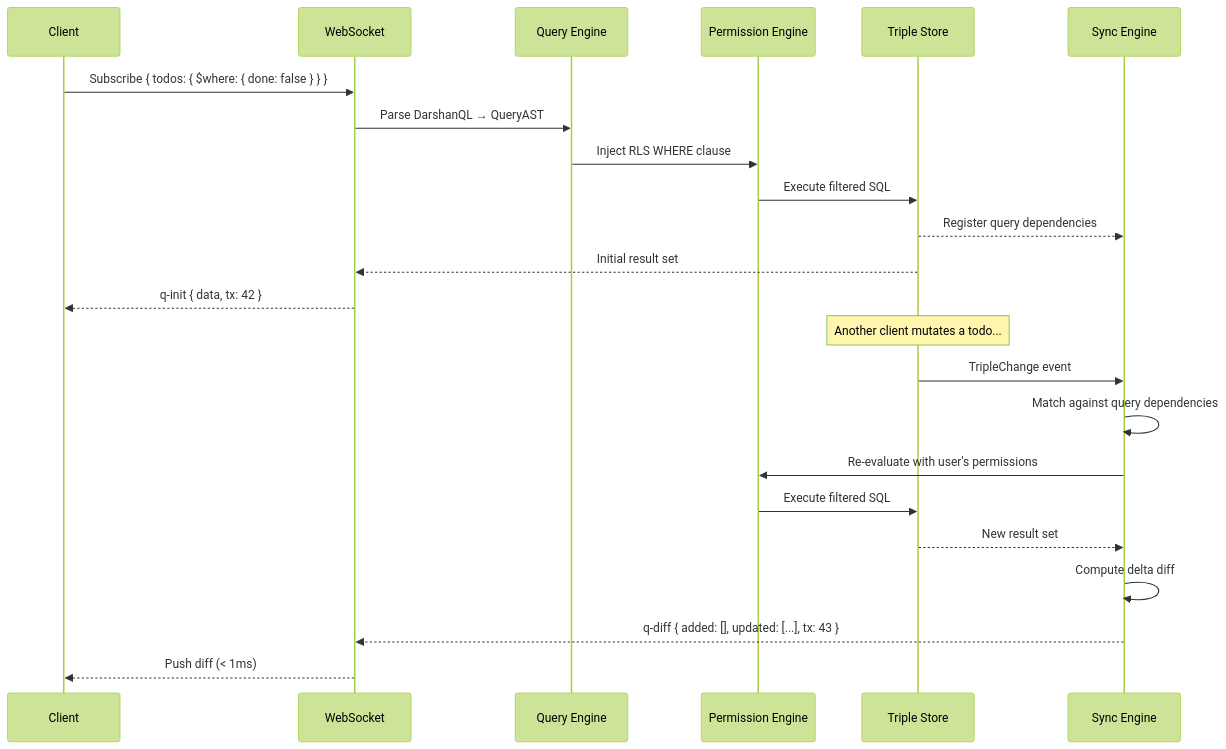
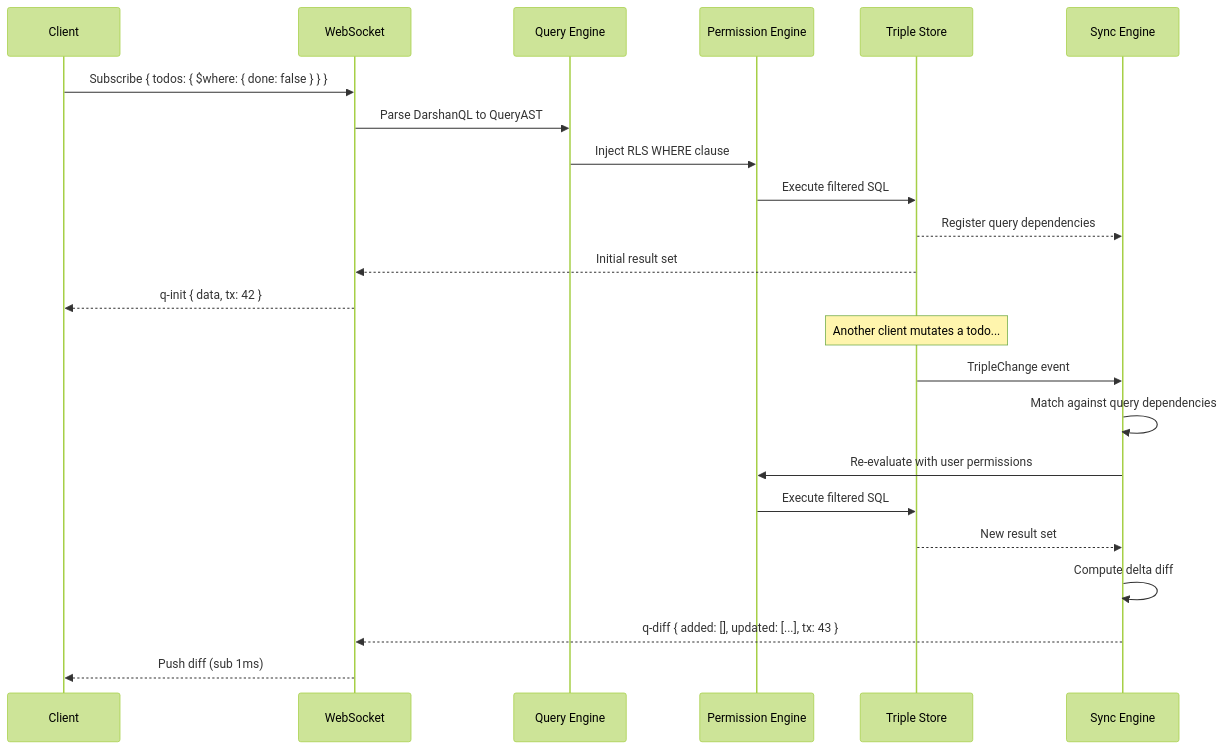
The third of 12 diagrams in README.md (darshjme/darshjdb), drawn with Mermaid (forest theme) before and after one commit. The commit also changed other lines of this file and 121 other files, not shown here.

````diff
--- a/README.md
+++ b/README.md
@@ -142,28 +221,28 @@
 ```mermaid
 sequenceDiagram
     participant C as Client
     participant W as WebSocket
     participant Q as Query Engine
     participant P as Permission Engine
     participant T as Triple Store
     participant S as Sync Engine
 
     C->>W: Subscribe { todos: { $where: { done: false } } }
-    W->>Q: Parse DarshanQL → QueryAST
+    W->>Q: Parse DarshanQL to QueryAST
     Q->>P: Inject RLS WHERE clause
     P->>T: Execute filtered SQL
     T-->>S: Register query dependencies
     T-->>W: Initial result set
     W-->>C: q-init { data, tx: 42 }
 
     Note over T: Another client mutates a todo...
 
     T->>S: TripleChange event
     S->>S: Match against query dependencies
-    S->>P: Re-evaluate with user's permissions
+    S->>P: Re-evaluate with user permissions
     P->>T: Execute filtered SQL
     T-->>S: New result set
     S->>S: Compute delta diff
     S-->>W: q-diff { added: [], updated: [...], tx: 43 }
-    W-->>C: Push diff (< 1ms)
+    W-->>C: Push diff (sub 1ms)
 ```
````
